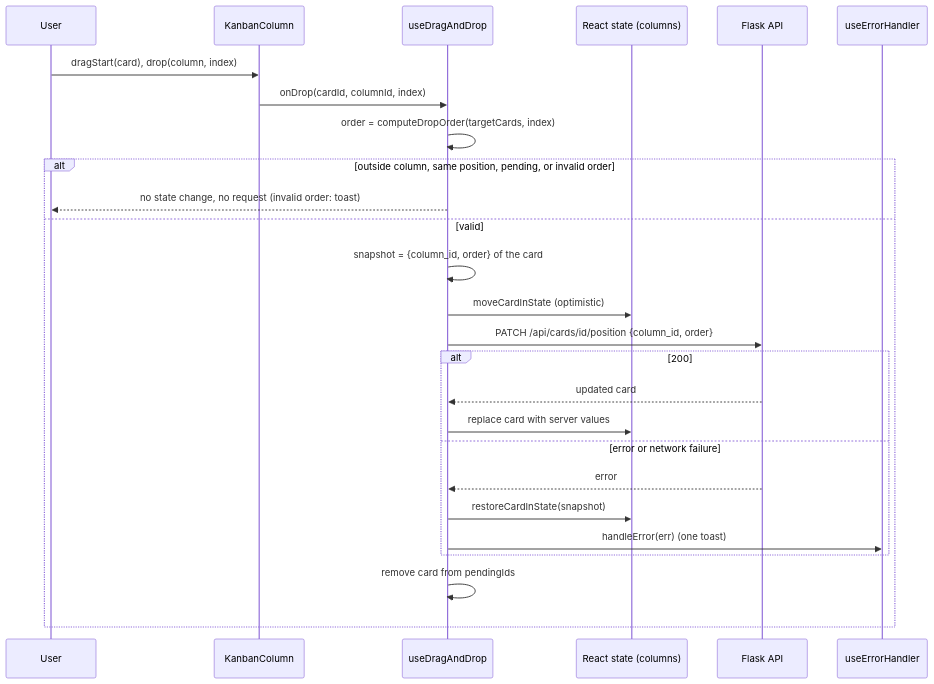
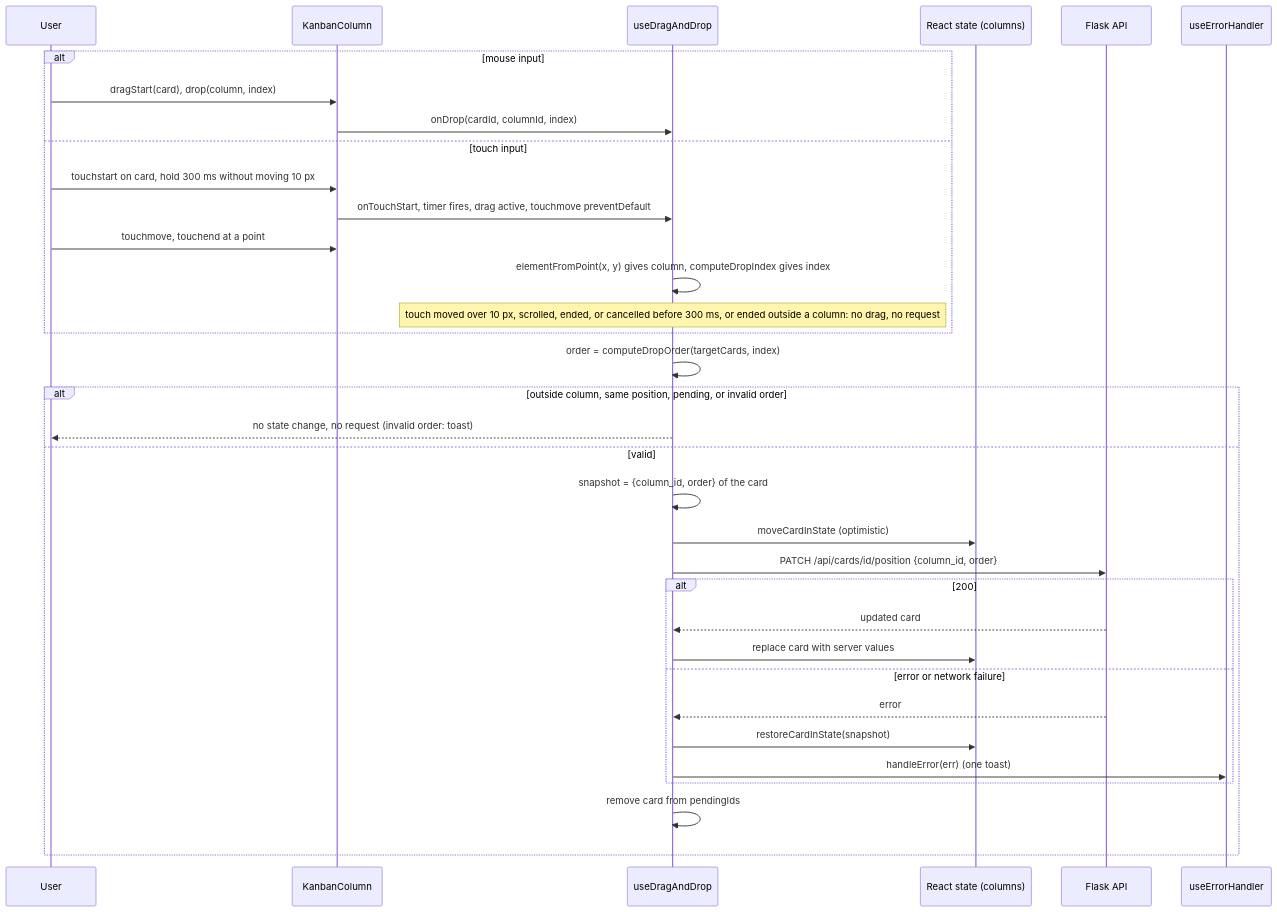
One commit to Revou-FSSE-Jun26/module-4-jonathanchristian changed the seventh of 9 diagrams in .kiro/specs/kano/design.md. Above: the diagram before and after it, drawn with Mermaid. The commit also changed other lines of this file and 2 other files, not shown here.

````diff
--- a/.kiro/specs/kano/design.md
+++ b/.kiro/specs/kano/design.md
@@ -612,28 +636,36 @@
 ```mermaid
 sequenceDiagram
     participant U as User
     participant KC as KanbanColumn
     participant H as useDragAndDrop
     participant S as React state (columns)
     participant API as Flask API
     participant EH as useErrorHandler
-    U->>KC: dragStart(card), drop(column, index)
-    KC->>H: onDrop(cardId, columnId, index)
+    alt mouse input
+        U->>KC: dragStart(card), drop(column, index)
+        KC->>H: onDrop(cardId, columnId, index)
+    else touch input
+        U->>KC: touchstart on card, hold 300 ms without moving 10 px
+        KC->>H: onTouchStart, timer fires, drag active, touchmove preventDefault
+        U->>KC: touchmove, touchend at a point
+        H->>H: elementFromPoint(x, y) gives column, computeDropIndex gives index
+        Note over H: touch moved over 10 px, scrolled, ended, or cancelled before 300 ms, or ended outside a column: no drag, no request
+    end
     H->>H: order = computeDropOrder(targetCards, index)
     alt outside column, same position, pending, or invalid order
         H-->>U: no state change, no request (invalid order: toast)
     else valid
         H->>H: snapshot = {column_id, order} of the card
         H->>S: moveCardInState (optimistic)
         H->>API: PATCH /api/cards/id/position {column_id, order}
         alt 200
             API-->>H: updated card
             H->>S: replace card with server values
         else error or network failure
             API-->>H: error
             H->>S: restoreCardInState(snapshot)
             H->>EH: handleError(err) (one toast)
         end
         H->>H: remove card from pendingIds
     end
 ```
````
